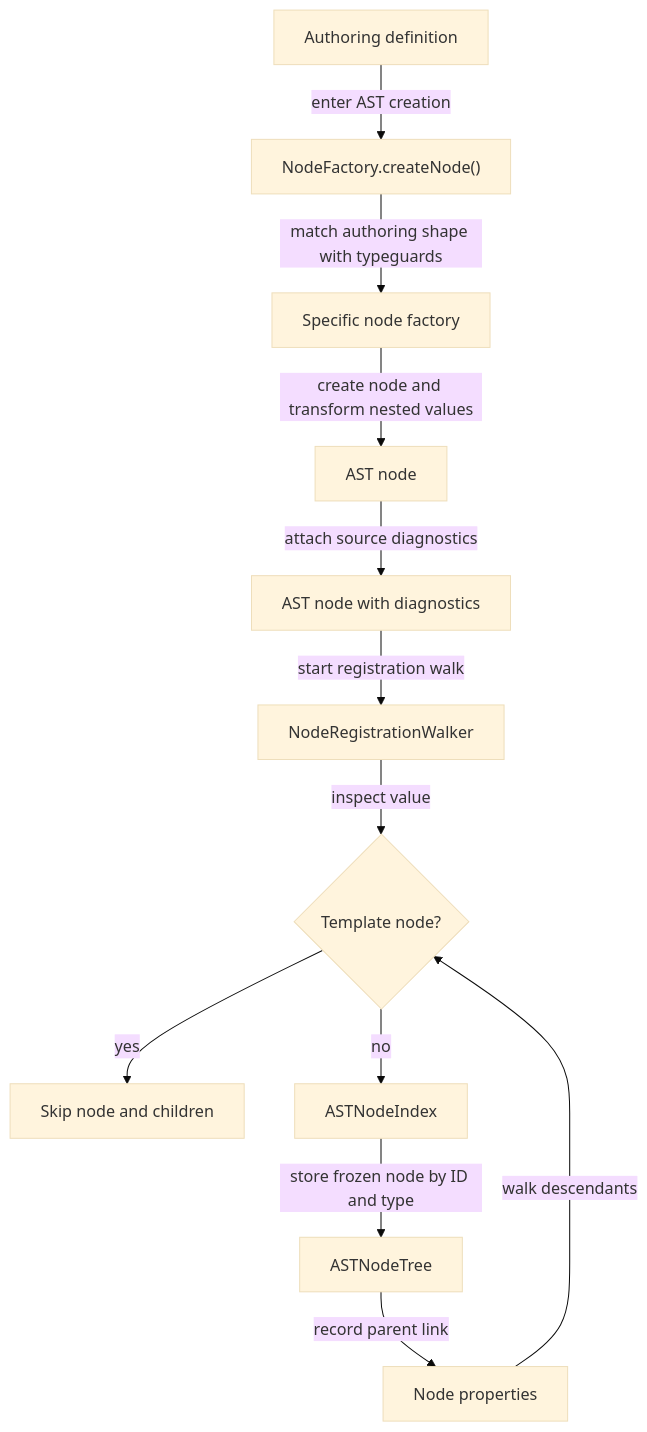
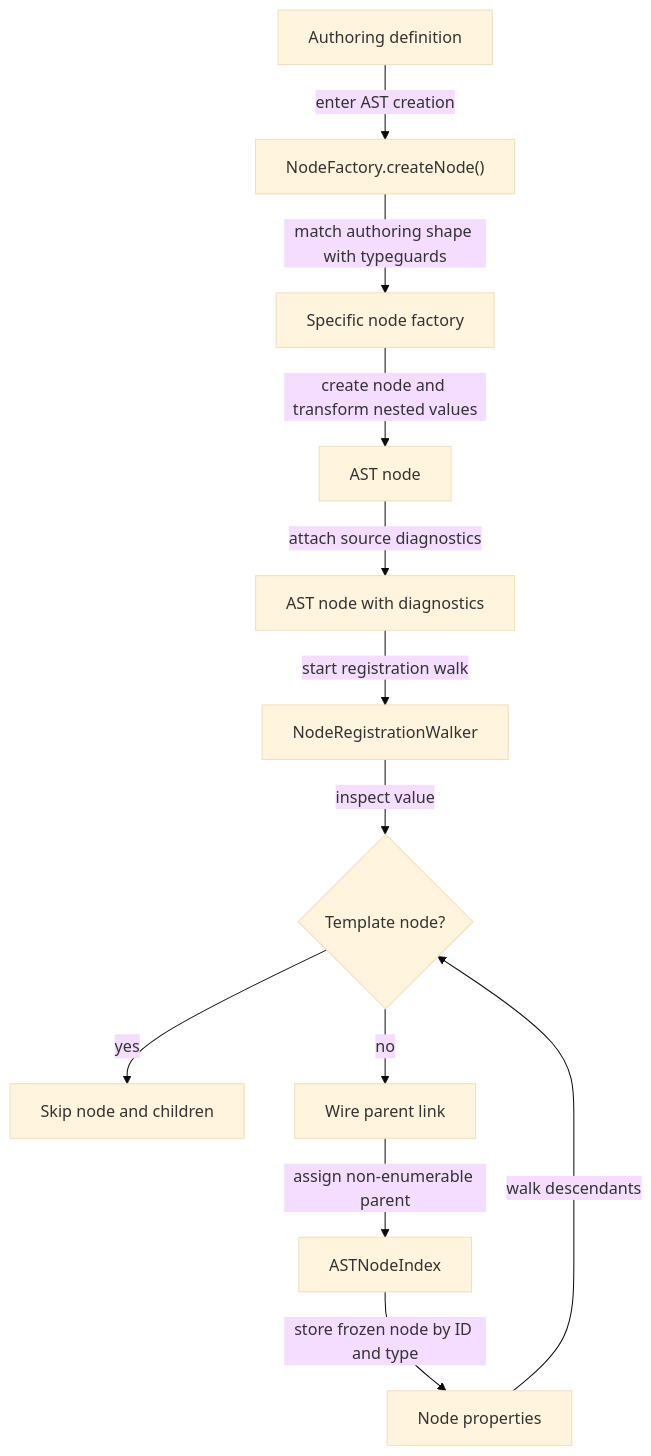
Before and after one commit to ministryofjustice/hmpps-forge: the diagram in packages/forge-core/src/engine/compilation/ast/README.md, drawn with Mermaid (base theme). The commit also changed other lines of this file and 23 other files, not shown here.

````diff
--- a/packages/forge-core/src/engine/compilation/ast/README.md
+++ b/packages/forge-core/src/engine/compilation/ast/README.md
@@ -108,14 +108,14 @@
 ```mermaid
 flowchart TD
   authoringDefinition["Authoring definition"] -->|enter AST creation| nodeFactory["NodeFactory.createNode()"]
   nodeFactory -->|match authoring shape with typeguards| specificFactory["Specific node factory"]
   specificFactory -->|create node and transform nested values| astNode["AST node"]
   astNode -->|attach source diagnostics| diagnosticNode["AST node with diagnostics"]
   diagnosticNode -->|start registration walk| registrationWalker["NodeRegistrationWalker"]
   registrationWalker -->|inspect value| templateCheck{"Template node?"}
   templateCheck -->|yes| skipTemplate["Skip node and children"]
-  templateCheck -->|no| registerNode["ASTNodeIndex"]
-  registerNode -->|store frozen node by ID and type| recordParent["ASTNodeTree"]
-  recordParent -->|record parent link| walkProperties["Node properties"]
+  templateCheck -->|no| wireParent["Wire parent link"]
+  wireParent -->|assign non-enumerable parent| registerNode["ASTNodeIndex"]
+  registerNode -->|store frozen node by ID and type| walkProperties["Node properties"]
   walkProperties -->|walk descendants| templateCheck
 ```
````
